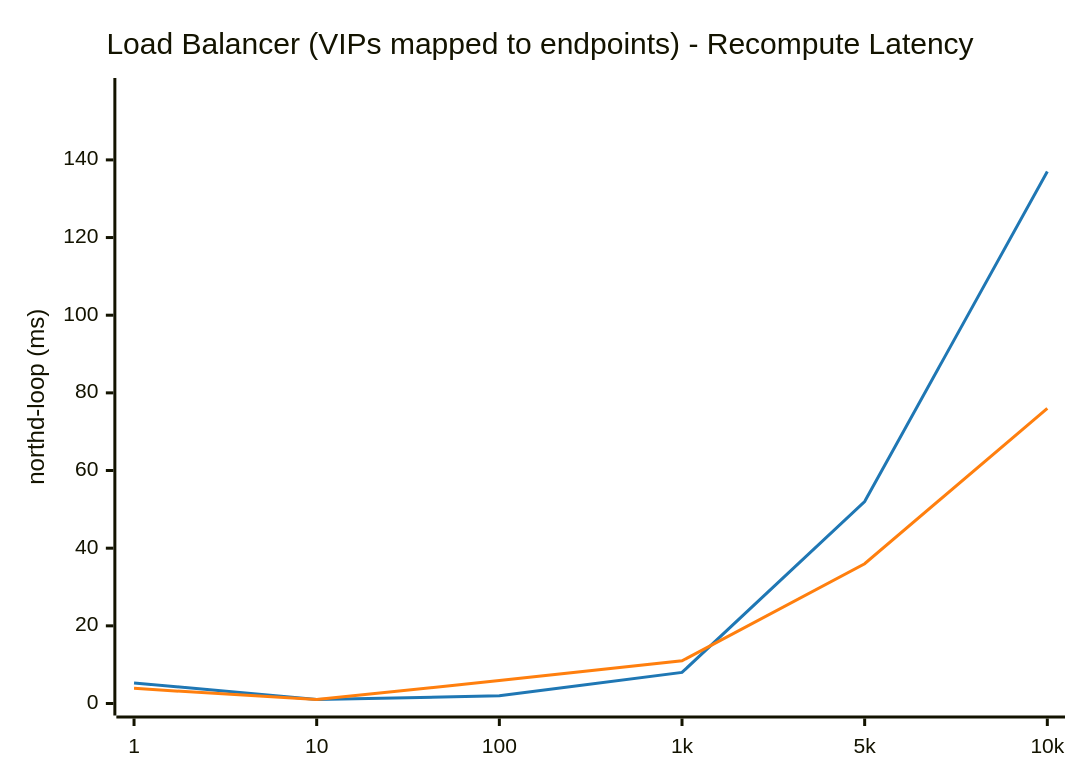
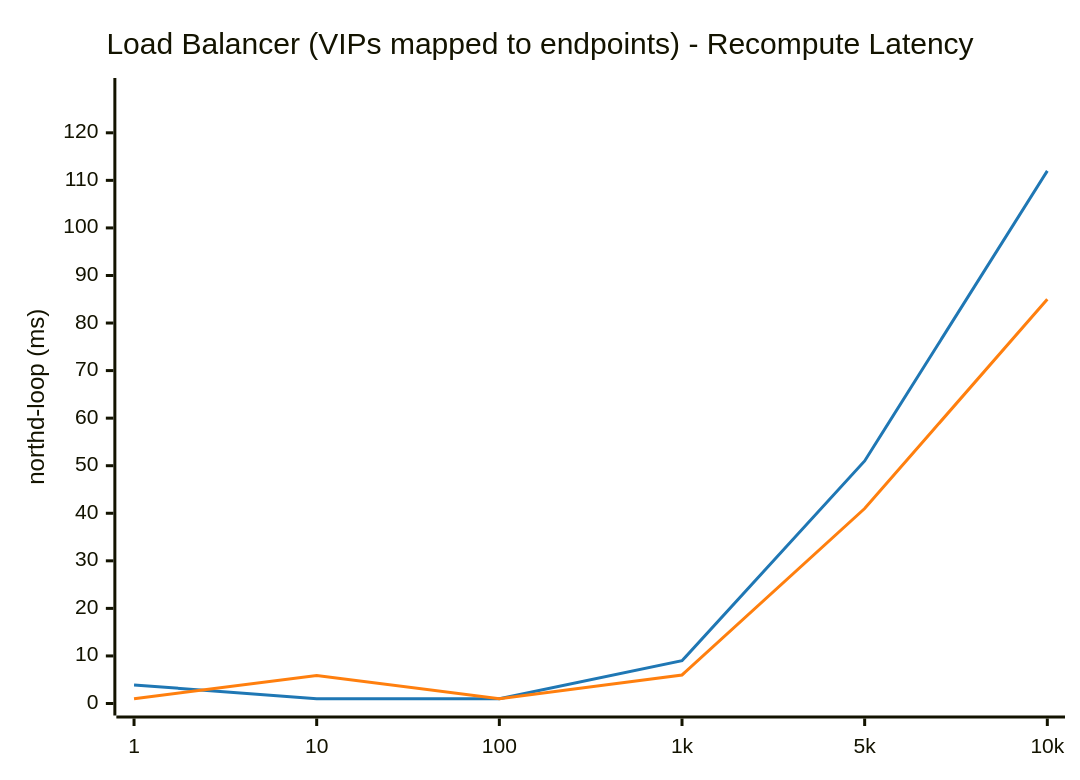
Before and after one commit to LionelJouin/ovs-ovn-bench: the ninth of 16 diagrams in results/BENCHMARK_REPORT.md, drawn with Mermaid. The commit also changed other lines of this file and 1 other file, not shown here.

````diff
--- a/results/BENCHMARK_REPORT.md
+++ b/results/BENCHMARK_REPORT.md
@@ -470,14 +470,14 @@
 ```mermaid
 ---
 config:
     themeVariables:
         xyChart:
             plotColorPalette: "#1f77b4, #ff7f0e"
 ---
 xychart-beta
     title "Load Balancer (VIPs mapped to endpoints) - Recompute Latency"
     x-axis ["1", "10", "100", "1k", "5k", "10k"]
-    y-axis "northd-loop (ms)" 0 --> 158
-    line "glibc malloc" [5.3, 1.0, 2.0, 8.0, 52.0, 137.0]
-    line "jemalloc" [3.9, 1.0, 5.9, 11.0, 36.0, 76.0]
+    y-axis "northd-loop (ms)" 0 --> 129
+    line "glibc malloc" [3.9, 1.0, 1.0, 9.0, 51.0, 112.0]
+    line "jemalloc" [1.0, 5.9, 1.0, 6.0, 41.0, 85.0]
 ```
````
